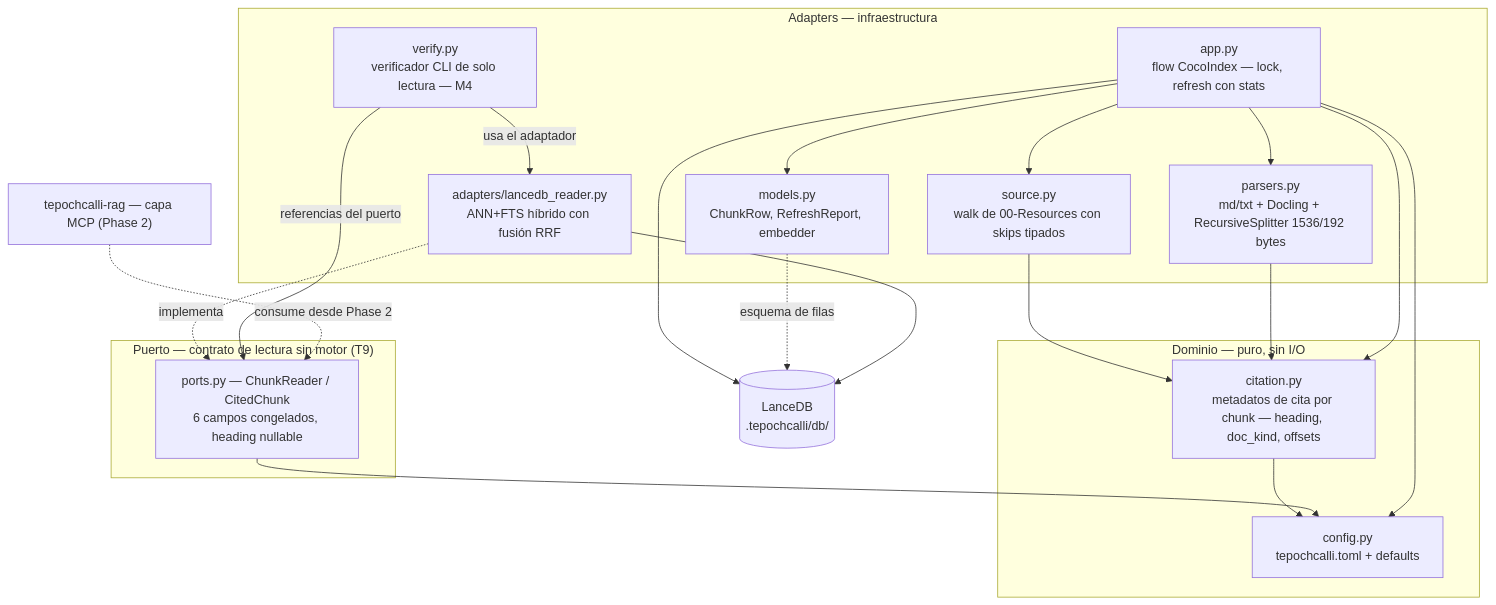
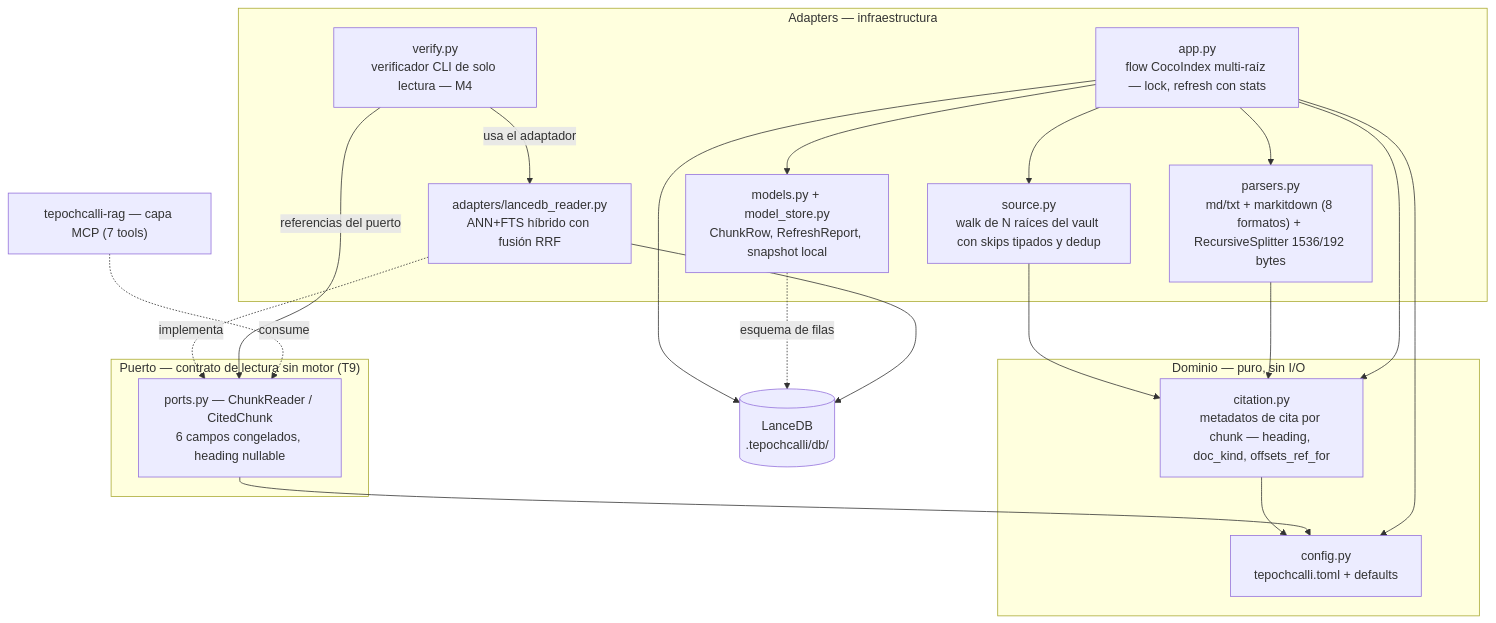
Before and after one commit to Fisherk2/tepochcalli-opencode: the fourth of 5 diagrams in docs/ARCHITECTURE.md, drawn with Mermaid. The commit also changed other lines of this file and 12 other files, not shown here.

````diff
--- a/docs/ARCHITECTURE.md
+++ b/docs/ARCHITECTURE.md
@@ -141,40 +139,40 @@
 ```mermaid
 graph TB
     subgraph DOMAIN["Dominio — puro, sin I/O"]
-        CIT["citation.py<br/>metadatos de cita por chunk — heading, doc_kind, offsets"]
+        CIT["citation.py<br/>metadatos de cita por chunk — heading, doc_kind, offsets_ref_for"]
         CFG["config.py<br/>tepochcalli.toml + defaults"]
     end
 
     subgraph PORT["Puerto — contrato de lectura sin motor (T9)"]
         PRT["ports.py — ChunkReader / CitedChunk<br/>6 campos congelados, heading nullable"]
     end
 
     subgraph ADAPTERS["Adapters — infraestructura"]
-        SRC["source.py<br/>walk de 00-Resources con skips tipados"]
-        PAR["parsers.py<br/>md/txt + Docling + RecursiveSplitter 1536/192 bytes"]
-        APP["app.py<br/>flow CocoIndex — lock, refresh con stats"]
-        MDL["models.py<br/>ChunkRow, RefreshReport, embedder"]
+        SRC["source.py<br/>walk de N raíces del vault con skips tipados y dedup"]
+        PAR["parsers.py<br/>md/txt + markitdown (8 formatos) + RecursiveSplitter 1536/192 bytes"]
+        APP["app.py<br/>flow CocoIndex multi-raíz — lock, refresh con stats"]
+        MDL["models.py + model_store.py<br/>ChunkRow, RefreshReport, snapshot local"]
         LDR["adapters/lancedb_reader.py<br/>ANN+FTS híbrido con fusión RRF"]
         VER["verify.py<br/>verificador CLI de solo lectura — M4"]
     end
 
     DB[("LanceDB<br/>.tepochcalli/db/")]
-    MCP2["tepochcalli-rag — capa MCP (Phase 2)"]
+    MCP2["tepochcalli-rag — capa MCP (7 tools)"]
 
     CIT --> CFG
     PRT --> CFG
     SRC --> CIT
     PAR --> CIT
     APP --> SRC
     APP --> PAR
     APP --> CIT
     APP --> CFG
     APP --> MDL
     APP --> DB
     MDL -.->|esquema de filas| DB
     LDR -.->|implementa| PRT
     LDR --> DB
     VER -->|referencias del puerto| PRT
     VER -->|usa el adaptador| LDR
-    MCP2 -.->|consume desde Phase 2| PRT
+    MCP2 -.->|consume| PRT
 ```
````
